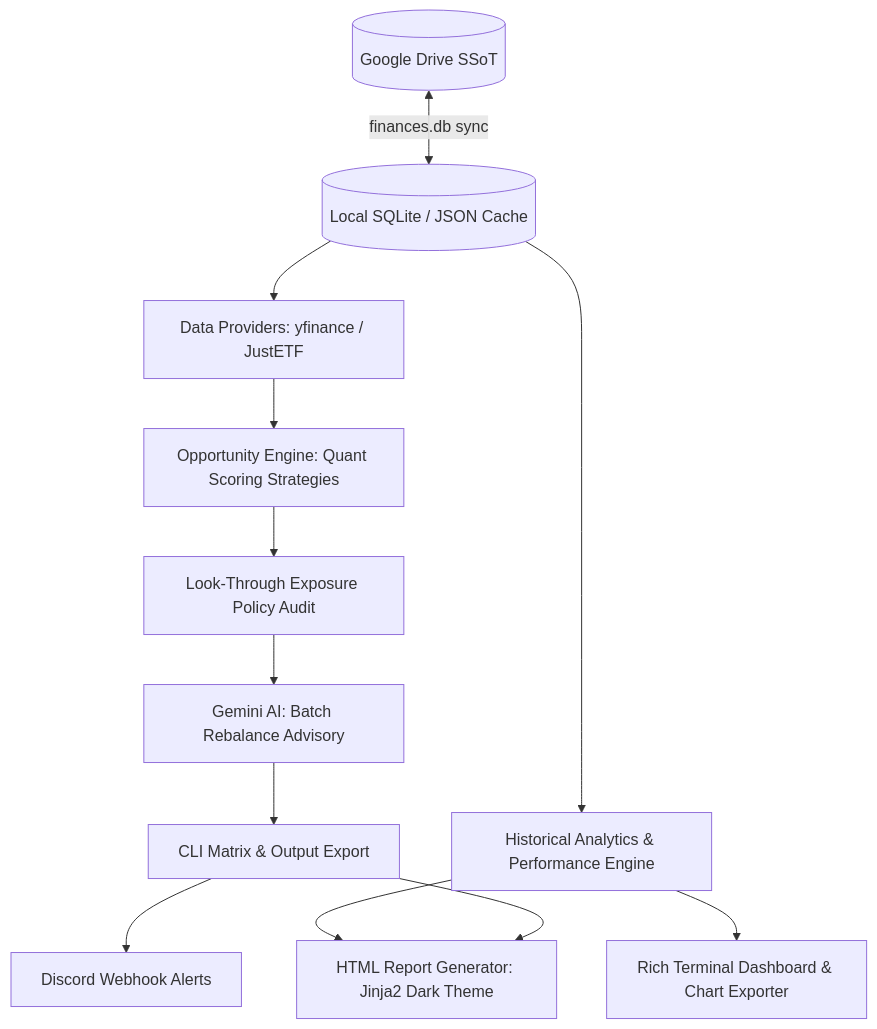
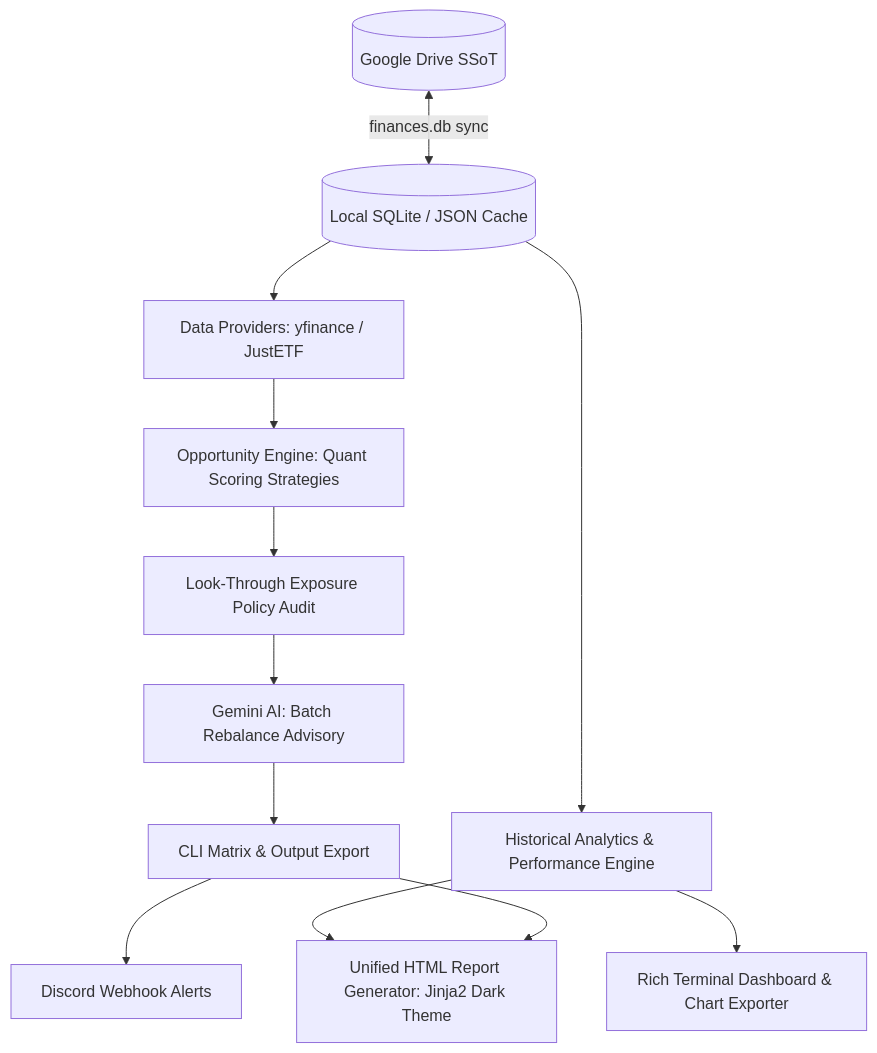
Before and after one commit to JoPedro15/finances: the diagram in README.md, drawn with Mermaid. The commit also changed other lines of this file and 13 other files, not shown here.

Commit message:
feature/unified-report-and-advisory-persistence

````diff
--- a/README.md
+++ b/README.md
@@ -29,14 +82,14 @@
 ```mermaid
 graph TD
     GDrive[(Google Drive SSoT)] <-->|finances.db sync| LocalDB[(Local SQLite / JSON Cache)]
     LocalDB --> Providers[Data Providers: yfinance / JustETF]
     LocalDB --> Analytics[Historical Analytics & Performance Engine]
     Providers --> Engine[Opportunity Engine: Quant Scoring Strategies]
     Engine --> Exposure[Look-Through Exposure Policy Audit]
     Exposure --> Gemini[Gemini AI: Batch Rebalance Advisory]
     Analytics --> Dashboard[Rich Terminal Dashboard & Chart Exporter]
-    Analytics --> ReportGen[HTML Report Generator: Jinja2 Dark Theme]
+    Analytics --> ReportGen[Unified HTML Report Generator: Jinja2 Dark Theme]
     Gemini --> Report[CLI Matrix & Output Export]
     Report --> Discord[Discord Webhook Alerts]
     Report --> ReportGen
 ```
````
